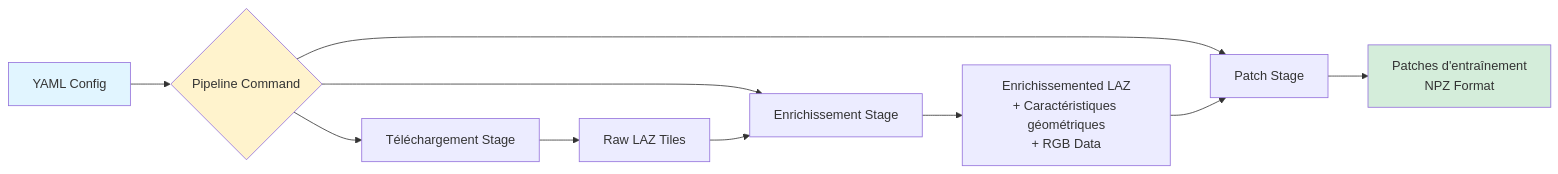
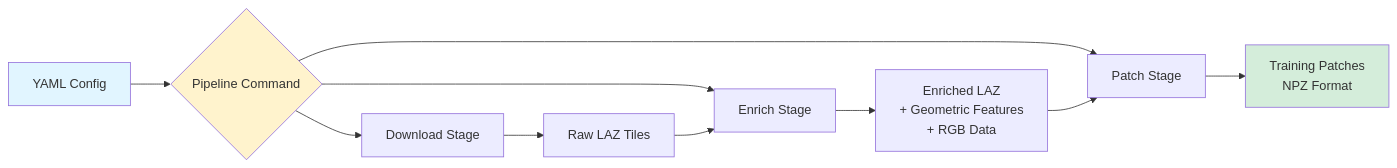
The first of 2 diagrams in website/i18n/fr/docusaurus-plugin-content-docs/current/features/pipeline-configuration.md (sducournau/IGN_LIDAR_HD_DATASET), drawn with Mermaid before and after one commit. The commit also changed other lines of this file and 145 other files, not shown here.

````diff
--- a/website/i18n/fr/docusaurus-plugin-content-docs/current/features/pipeline-configuration.md
+++ b/website/i18n/fr/docusaurus-plugin-content-docs/current/features/pipeline-configuration.md
@@ -23,16 +33,16 @@
 ```mermaid
 graph LR
     A[YAML Config] --> B{Pipeline Command}
-    B --> C[Téléchargement Stage]
-    B --> D[Enrichissement Stage]
+    B --> C[Download Stage]
+    B --> D[Enrich Stage]
     B --> E[Patch Stage]
     C --> F[Raw LAZ Tiles]
     F --> D
-    D --> G[Enrichissemented LAZ<br/>+ Caractéristiques géométriques<br/>+ RGB Data]
+    D --> G[Enriched LAZ<br/>+ Geometric Features<br/>+ RGB Data]
     G --> E
-    E --> H[Patches d'entraînement<br/>NPZ Format]
+    E --> H[Training Patches<br/>NPZ Format]
 
     style A fill:#e1f5ff
     style B fill:#fff3cd
     style H fill:#d4edda
 ```
````
